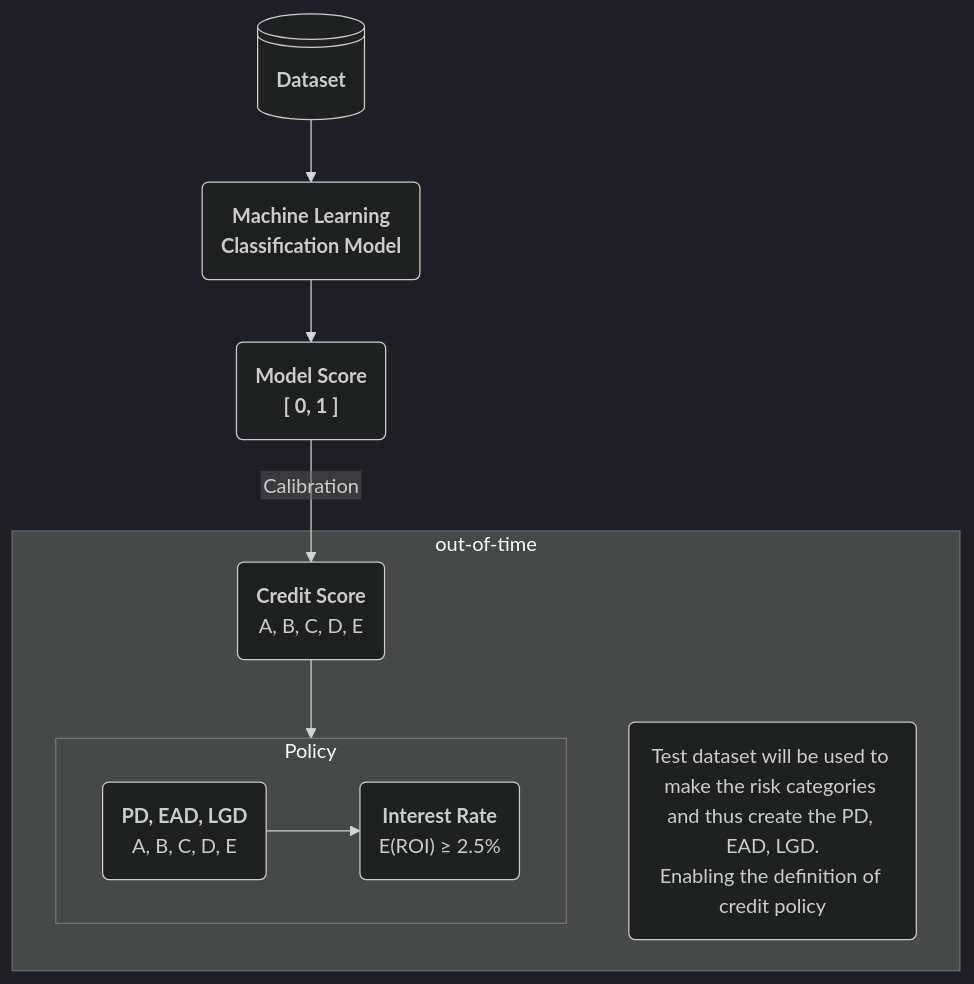
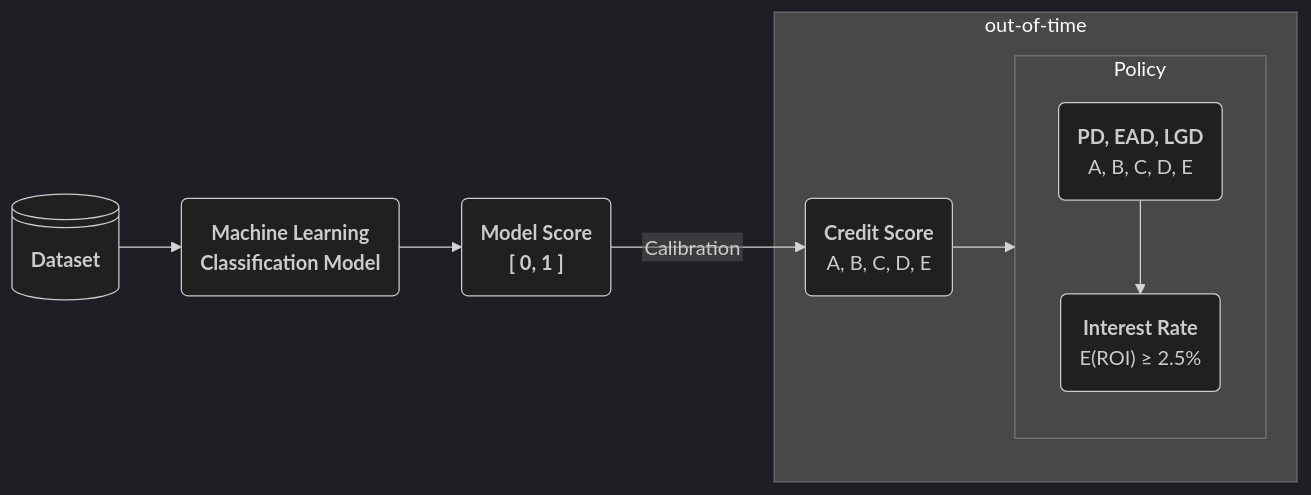
One commit to pmusachio/pratical-credit-risk changed the diagram in README.md. Above: the diagram before and after it, drawn with Mermaid (dark theme). The commit also changed other lines of this file, not shown here.

````diff
--- a/README.md
+++ b/README.md
@@ -109,21 +109,19 @@
 ```mermaid
 %%{init: {"flowchart": {"htmlLabels": false}} }%%
-flowchart
+flowchart LR
     A@{ shape: lin-cyl, label: "**Dataset**" }-->b("`**Machine Learning 
                                              Classification Model**`")
     b-->c("`**Model Score
         [ 0, 1 ]**`")
     c -- "Calibration" --> d
 subgraph "out-of-time"
-    g("`Test dataset will be used to make the risk categories and thus create the PD, EAD, LGD.
-    Enabling the definition of credit policy`")
     d("`**Credit Score**
     A, B, C, D, E`")
     d --> Policy
 subgraph "Policy"
   e("`**PD, EAD, LGD**
   A, B, C, D, E`") --> f("`**Interest Rate**
   E(ROI) ≥ 2.5%`")
 end
 end
 ```
````
